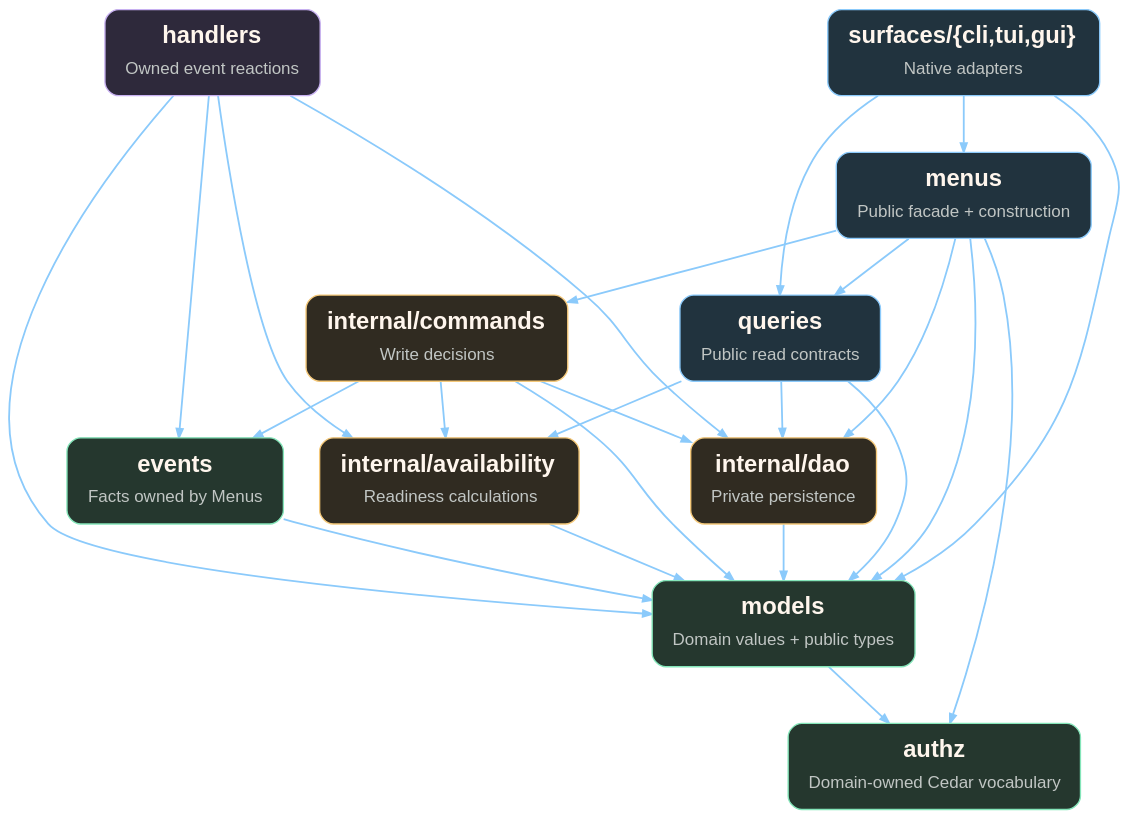
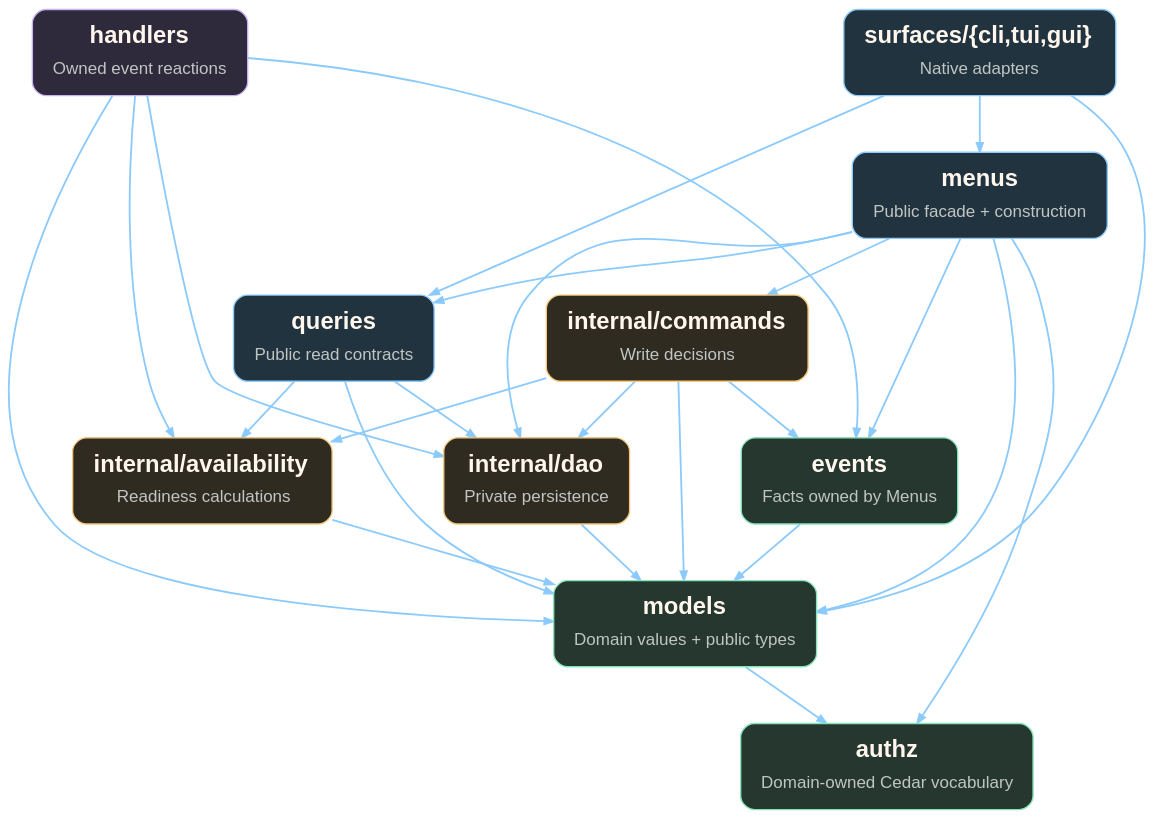
The diagram in assets/diagrams/explicit-architecture/07-module-imports.dot (TheFellow/TheFellow.github.io), drawn with Graphviz before and after one commit. The commit also changed 70 other files, not shown here.

Commit message:
Align Mixology content with domain-owned commands

```diff
--- a/assets/diagrams/explicit-architecture/07-module-imports.dot
+++ b/assets/diagrams/explicit-architecture/07-module-imports.dot
@@ -1,39 +1,40 @@
 digraph G {
 graph [bgcolor="transparent", rankdir=TB, pad=0.15, nodesep=0.45, ranksep=0.7, splines=spline, outputorder=edgesfirst];
 node [shape=box, style="rounded,filled", color="#466879", fillcolor="#21333e", fontcolor="#fff6ed", fontname="Arial", fontsize=21, margin="0.20,0.14", penwidth=1.2];
 edge [color="#8bcafb", arrowsize=0.8, penwidth=1.6];
-"surfaces" [label=<<TABLE BORDER="0" CELLBORDER="0" CELLSPACING="0" CELLPADDING="4"><TR><TD><B>surfaces/{cli,tui,gui}</B></TD></TR><TR><TD><FONT POINT-SIZE="15" COLOR="#c1c6c4">Native adapters</FONT></TD></TR></TABLE>>, fillcolor="#21333e", color="#8bcafb", URL="https://github.com/TheFellow/go-modular-monolith/blob/a7c2efda8c0cd905089a27060242ff841bb0ad41/app/domains/menus/surfaces", target="_blank"];
-"facade" [label=<<TABLE BORDER="0" CELLBORDER="0" CELLSPACING="0" CELLPADDING="4"><TR><TD><B>menus</B></TD></TR><TR><TD><FONT POINT-SIZE="15" COLOR="#c1c6c4">Public facade + construction</FONT></TD></TR></TABLE>>, fillcolor="#21333e", color="#8bcafb", URL="https://github.com/TheFellow/go-modular-monolith/blob/a7c2efda8c0cd905089a27060242ff841bb0ad41/app/domains/menus/", target="_blank"];
-"queries" [label=<<TABLE BORDER="0" CELLBORDER="0" CELLSPACING="0" CELLPADDING="4"><TR><TD><B>queries</B></TD></TR><TR><TD><FONT POINT-SIZE="15" COLOR="#c1c6c4">Public read contracts</FONT></TD></TR></TABLE>>, fillcolor="#21333e", color="#8bcafb", URL="https://github.com/TheFellow/go-modular-monolith/blob/a7c2efda8c0cd905089a27060242ff841bb0ad41/app/domains/menus/queries", target="_blank"];
-"commands" [label=<<TABLE BORDER="0" CELLBORDER="0" CELLSPACING="0" CELLPADDING="4"><TR><TD><B>internal/commands</B></TD></TR><TR><TD><FONT POINT-SIZE="15" COLOR="#c1c6c4">Write decisions</FONT></TD></TR></TABLE>>, fillcolor="#302b21", color="#f4c879", URL="https://github.com/TheFellow/go-modular-monolith/blob/a7c2efda8c0cd905089a27060242ff841bb0ad41/app/domains/menus/internal/commands", target="_blank"];
-"dao" [label=<<TABLE BORDER="0" CELLBORDER="0" CELLSPACING="0" CELLPADDING="4"><TR><TD><B>internal/dao</B></TD></TR><TR><TD><FONT POINT-SIZE="15" COLOR="#c1c6c4">Private persistence</FONT></TD></TR></TABLE>>, fillcolor="#302b21", color="#f4c879", URL="https://github.com/TheFellow/go-modular-monolith/blob/a7c2efda8c0cd905089a27060242ff841bb0ad41/app/domains/menus/internal/dao", target="_blank"];
-"availability" [label=<<TABLE BORDER="0" CELLBORDER="0" CELLSPACING="0" CELLPADDING="4"><TR><TD><B>internal/availability</B></TD></TR><TR><TD><FONT POINT-SIZE="15" COLOR="#c1c6c4">Readiness calculations</FONT></TD></TR></TABLE>>, fillcolor="#302b21", color="#f4c879", URL="https://github.com/TheFellow/go-modular-monolith/blob/a7c2efda8c0cd905089a27060242ff841bb0ad41/app/domains/menus/internal/availability", target="_blank"];
-"handlers" [label=<<TABLE BORDER="0" CELLBORDER="0" CELLSPACING="0" CELLPADDING="4"><TR><TD><B>handlers</B></TD></TR><TR><TD><FONT POINT-SIZE="15" COLOR="#c1c6c4">Owned event reactions</FONT></TD></TR></TABLE>>, fillcolor="#2e293b", color="#c8b1f1", URL="https://github.com/TheFellow/go-modular-monolith/blob/a7c2efda8c0cd905089a27060242ff841bb0ad41/app/domains/menus/handlers", target="_blank"];
-"models" [label=<<TABLE BORDER="0" CELLBORDER="0" CELLSPACING="0" CELLPADDING="4"><TR><TD><B>models</B></TD></TR><TR><TD><FONT POINT-SIZE="15" COLOR="#c1c6c4">Domain values + public types</FONT></TD></TR></TABLE>>, fillcolor="#25372e", color="#84e5b9", URL="https://github.com/TheFellow/go-modular-monolith/blob/a7c2efda8c0cd905089a27060242ff841bb0ad41/app/domains/menus/models", target="_blank"];
-"events" [label=<<TABLE BORDER="0" CELLBORDER="0" CELLSPACING="0" CELLPADDING="4"><TR><TD><B>events</B></TD></TR><TR><TD><FONT POINT-SIZE="15" COLOR="#c1c6c4">Facts owned by Menus</FONT></TD></TR></TABLE>>, fillcolor="#25372e", color="#84e5b9", URL="https://github.com/TheFellow/go-modular-monolith/blob/a7c2efda8c0cd905089a27060242ff841bb0ad41/app/domains/menus/events", target="_blank"];
-"authz" [label=<<TABLE BORDER="0" CELLBORDER="0" CELLSPACING="0" CELLPADDING="4"><TR><TD><B>authz</B></TD></TR><TR><TD><FONT POINT-SIZE="15" COLOR="#c1c6c4">Domain-owned Cedar vocabulary</FONT></TD></TR></TABLE>>, fillcolor="#25372e", color="#84e5b9", URL="https://github.com/TheFellow/go-modular-monolith/blob/a7c2efda8c0cd905089a27060242ff841bb0ad41/app/domains/menus/authz", target="_blank"];
+"surfaces" [label=<<TABLE BORDER="0" CELLBORDER="0" CELLSPACING="0" CELLPADDING="4"><TR><TD><B>surfaces/{cli,tui,gui}</B></TD></TR><TR><TD><FONT POINT-SIZE="15" COLOR="#c1c6c4">Native adapters</FONT></TD></TR></TABLE>>, fillcolor="#21333e", color="#8bcafb", URL="https://github.com/TheFellow/go-modular-monolith/blob/0d5e64b0455f7a5c96d4afada64654a5fdbb9a2c/app/domains/menus/surfaces", target="_blank"];
+"facade" [label=<<TABLE BORDER="0" CELLBORDER="0" CELLSPACING="0" CELLPADDING="4"><TR><TD><B>menus</B></TD></TR><TR><TD><FONT POINT-SIZE="15" COLOR="#c1c6c4">Public facade + construction</FONT></TD></TR></TABLE>>, fillcolor="#21333e", color="#8bcafb", URL="https://github.com/TheFellow/go-modular-monolith/blob/0d5e64b0455f7a5c96d4afada64654a5fdbb9a2c/app/domains/menus/", target="_blank"];
+"queries" [label=<<TABLE BORDER="0" CELLBORDER="0" CELLSPACING="0" CELLPADDING="4"><TR><TD><B>queries</B></TD></TR><TR><TD><FONT POINT-SIZE="15" COLOR="#c1c6c4">Public read contracts</FONT></TD></TR></TABLE>>, fillcolor="#21333e", color="#8bcafb", URL="https://github.com/TheFellow/go-modular-monolith/blob/0d5e64b0455f7a5c96d4afada64654a5fdbb9a2c/app/domains/menus/queries", target="_blank"];
+"commands" [label=<<TABLE BORDER="0" CELLBORDER="0" CELLSPACING="0" CELLPADDING="4"><TR><TD><B>internal/commands</B></TD></TR><TR><TD><FONT POINT-SIZE="15" COLOR="#c1c6c4">Write decisions</FONT></TD></TR></TABLE>>, fillcolor="#302b21", color="#f4c879", URL="https://github.com/TheFellow/go-modular-monolith/blob/0d5e64b0455f7a5c96d4afada64654a5fdbb9a2c/app/domains/menus/internal/commands", target="_blank"];
+"dao" [label=<<TABLE BORDER="0" CELLBORDER="0" CELLSPACING="0" CELLPADDING="4"><TR><TD><B>internal/dao</B></TD></TR><TR><TD><FONT POINT-SIZE="15" COLOR="#c1c6c4">Private persistence</FONT></TD></TR></TABLE>>, fillcolor="#302b21", color="#f4c879", URL="https://github.com/TheFellow/go-modular-monolith/blob/0d5e64b0455f7a5c96d4afada64654a5fdbb9a2c/app/domains/menus/internal/dao", target="_blank"];
+"availability" [label=<<TABLE BORDER="0" CELLBORDER="0" CELLSPACING="0" CELLPADDING="4"><TR><TD><B>internal/availability</B></TD></TR><TR><TD><FONT POINT-SIZE="15" COLOR="#c1c6c4">Readiness calculations</FONT></TD></TR></TABLE>>, fillcolor="#302b21", color="#f4c879", URL="https://github.com/TheFellow/go-modular-monolith/blob/0d5e64b0455f7a5c96d4afada64654a5fdbb9a2c/app/domains/menus/internal/availability", target="_blank"];
+"handlers" [label=<<TABLE BORDER="0" CELLBORDER="0" CELLSPACING="0" CELLPADDING="4"><TR><TD><B>handlers</B></TD></TR><TR><TD><FONT POINT-SIZE="15" COLOR="#c1c6c4">Owned event reactions</FONT></TD></TR></TABLE>>, fillcolor="#2e293b", color="#c8b1f1", URL="https://github.com/TheFellow/go-modular-monolith/blob/0d5e64b0455f7a5c96d4afada64654a5fdbb9a2c/app/domains/menus/handlers", target="_blank"];
+"models" [label=<<TABLE BORDER="0" CELLBORDER="0" CELLSPACING="0" CELLPADDING="4"><TR><TD><B>models</B></TD></TR><TR><TD><FONT POINT-SIZE="15" COLOR="#c1c6c4">Domain values + public types</FONT></TD></TR></TABLE>>, fillcolor="#25372e", color="#84e5b9", URL="https://github.com/TheFellow/go-modular-monolith/blob/0d5e64b0455f7a5c96d4afada64654a5fdbb9a2c/app/domains/menus/models", target="_blank"];
+"events" [label=<<TABLE BORDER="0" CELLBORDER="0" CELLSPACING="0" CELLPADDING="4"><TR><TD><B>events</B></TD></TR><TR><TD><FONT POINT-SIZE="15" COLOR="#c1c6c4">Facts owned by Menus</FONT></TD></TR></TABLE>>, fillcolor="#25372e", color="#84e5b9", URL="https://github.com/TheFellow/go-modular-monolith/blob/0d5e64b0455f7a5c96d4afada64654a5fdbb9a2c/app/domains/menus/events", target="_blank"];
+"authz" [label=<<TABLE BORDER="0" CELLBORDER="0" CELLSPACING="0" CELLPADDING="4"><TR><TD><B>authz</B></TD></TR><TR><TD><FONT POINT-SIZE="15" COLOR="#c1c6c4">Domain-owned Cedar vocabulary</FONT></TD></TR></TABLE>>, fillcolor="#25372e", color="#84e5b9", URL="https://github.com/TheFellow/go-modular-monolith/blob/0d5e64b0455f7a5c96d4afada64654a5fdbb9a2c/app/domains/menus/authz", target="_blank"];
 "surfaces" -> "facade";
 "surfaces" -> "models";
 "surfaces" -> "queries";
 "facade" -> "authz";
 "facade" -> "commands";
 "facade" -> "dao";
+"facade" -> "events";
 "facade" -> "models";
 "facade" -> "queries";
 "queries" -> "availability";
 "queries" -> "dao";
 "queries" -> "models";
 "commands" -> "availability";
 "commands" -> "dao";
 "commands" -> "events";
 "commands" -> "models";
 "handlers" -> "availability";
 "handlers" -> "dao";
 "handlers" -> "events";
 "handlers" -> "models";
 "availability" -> "models";
 "dao" -> "models";
 "events" -> "models";
 "models" -> "authz";
 {rank=same; surfaces; handlers;}
 }
```
